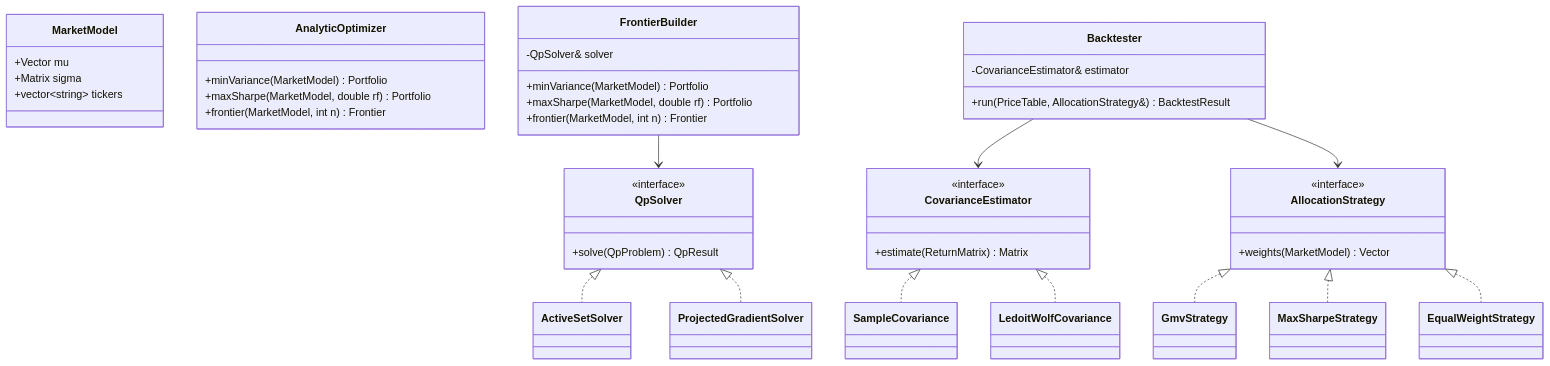
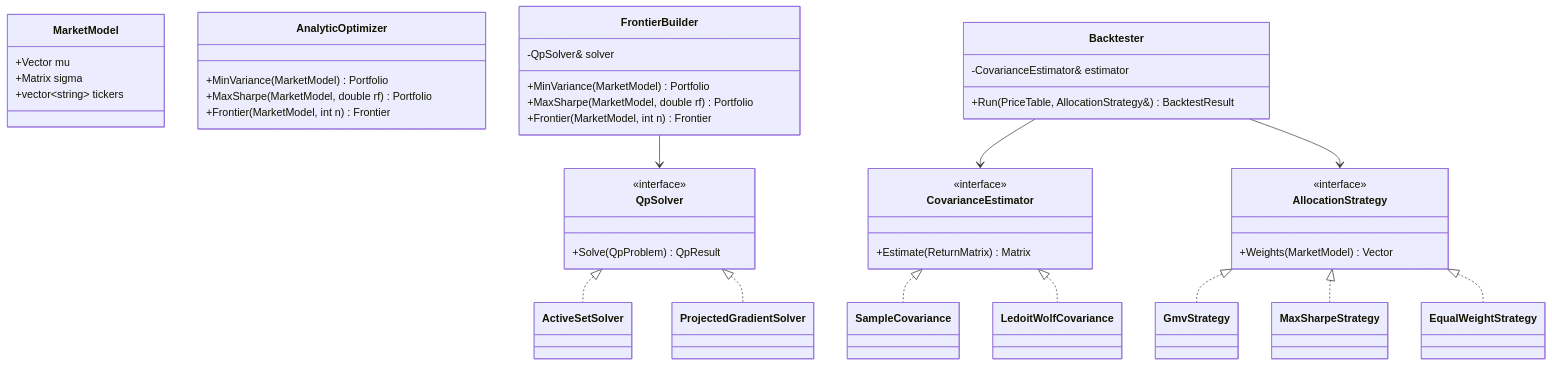
One commit to NeuroWorknotNeo/Software-Engineering-Project changed the second of 3 diagrams in docs/ARCHITECTURE.md. Above: the diagram before and after it, drawn with Mermaid. The commit also changed other lines of this file and 14 other files, not shown here.

````diff
--- a/docs/ARCHITECTURE.md
+++ b/docs/ARCHITECTURE.md
@@ -41,50 +41,50 @@
 ```mermaid
 classDiagram
     class CovarianceEstimator {
         <<interface>>
-        +estimate(ReturnMatrix) Matrix
+        +Estimate(ReturnMatrix) Matrix
     }
     CovarianceEstimator <|.. SampleCovariance
     CovarianceEstimator <|.. LedoitWolfCovariance
 
     class MarketModel {
         +Vector mu
         +Matrix sigma
         +vector~string~ tickers
     }
 
     class QpSolver {
         <<interface>>
-        +solve(QpProblem) QpResult
+        +Solve(QpProblem) QpResult
     }
     QpSolver <|.. ActiveSetSolver
     QpSolver <|.. ProjectedGradientSolver
 
     class AnalyticOptimizer {
-        +minVariance(MarketModel) Portfolio
-        +maxSharpe(MarketModel, double rf) Portfolio
-        +frontier(MarketModel, int n) Frontier
+        +MinVariance(MarketModel) Portfolio
+        +MaxSharpe(MarketModel, double rf) Portfolio
+        +Frontier(MarketModel, int n) Frontier
     }
     class FrontierBuilder {
         -QpSolver& solver
-        +minVariance(MarketModel) Portfolio
-        +maxSharpe(MarketModel, double rf) Portfolio
-        +frontier(MarketModel, int n) Frontier
+        +MinVariance(MarketModel) Portfolio
+        +MaxSharpe(MarketModel, double rf) Portfolio
+        +Frontier(MarketModel, int n) Frontier
     }
     FrontierBuilder --> QpSolver
 
     class AllocationStrategy {
         <<interface>>
-        +weights(MarketModel) Vector
+        +Weights(MarketModel) Vector
     }
     AllocationStrategy <|.. GmvStrategy
     AllocationStrategy <|.. MaxSharpeStrategy
     AllocationStrategy <|.. EqualWeightStrategy
 
     class Backtester {
         -CovarianceEstimator& estimator
-        +run(PriceTable, AllocationStrategy&) BacktestResult
+        +Run(PriceTable, AllocationStrategy&) BacktestResult
     }
     Backtester --> CovarianceEstimator
     Backtester --> AllocationStrategy
 ```
````
